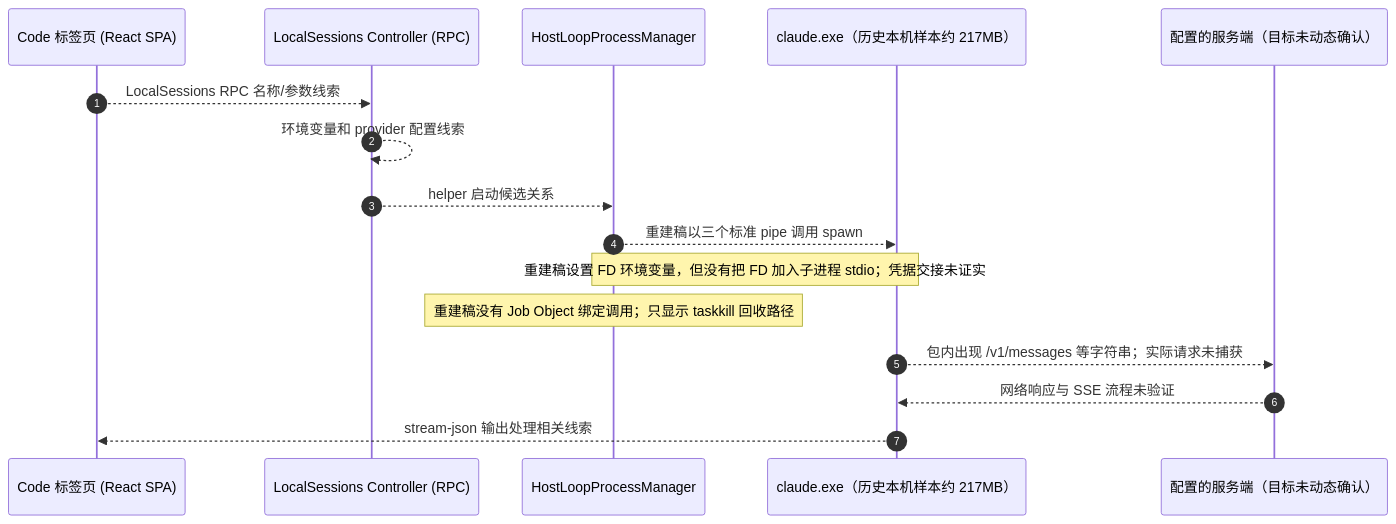
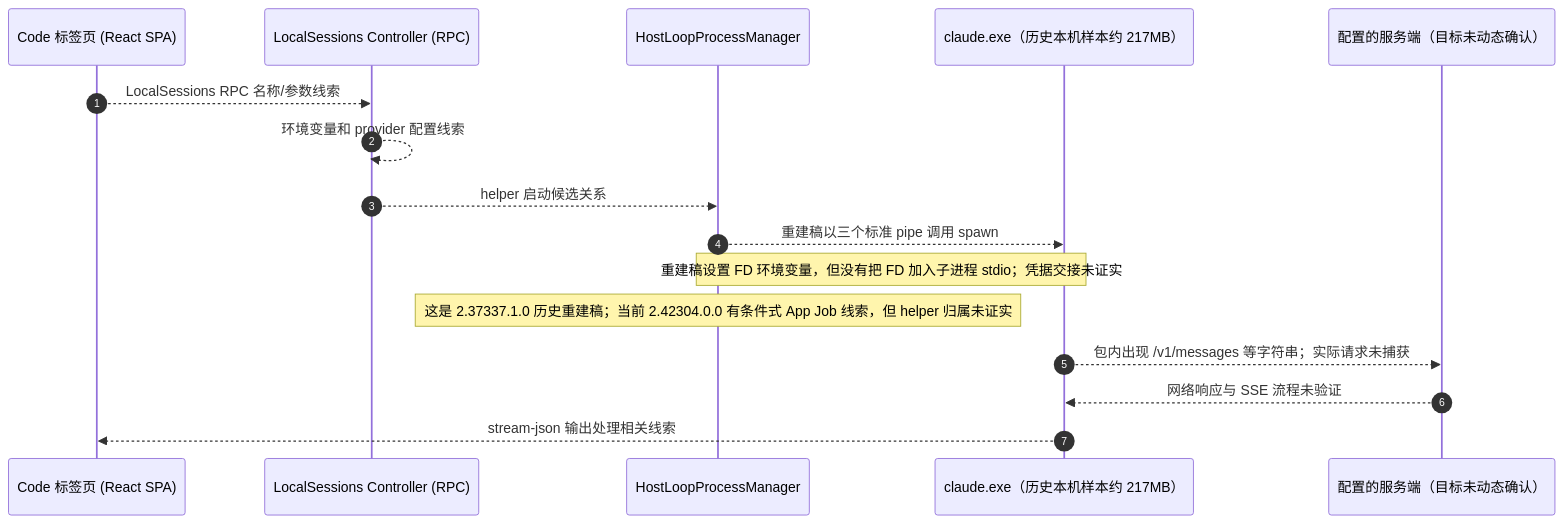
The second of 5 diagrams in claude-desktop-architecture.md (tyloryang/claude-code-desktop-reverse-analyse), drawn with Mermaid before and after one commit. The commit also changed other lines of this file and 4 other files, not shown here.

````diff
--- a/claude-desktop-architecture.md
+++ b/claude-desktop-architecture.md
@@ -821,19 +823,19 @@
 ```mermaid
 sequenceDiagram
     autonumber
     participant UI as Code 标签页 (React SPA)
     participant IPC as LocalSessions Controller (RPC)
     participant HL as HostLoopProcessManager
     participant CLI as claude.exe（历史本机样本约 217MB）
     participant API as 配置的服务端（目标未动态确认）
 
     UI-->>IPC: LocalSessions RPC 名称/参数线索
     IPC-->>IPC: 环境变量和 provider 配置线索
     IPC-->>HL: helper 启动候选关系
     HL-->>CLI: 重建稿以三个标准 pipe 调用 spawn
     Note over HL,CLI: 重建稿设置 FD 环境变量，但没有把 FD 加入子进程 stdio；凭据交接未证实
-    Note over HL: 重建稿没有 Job Object 绑定调用；只显示 taskkill 回收路径
+    Note over HL: 这是 2.37337.1.0 历史重建稿；当前 2.42304.0.0 有条件式 App Job 线索，但 helper 归属未证实
     CLI-->>API: 包内出现 /v1/messages 等字符串；实际请求未捕获
     API-->>CLI: 网络响应与 SSE 流程未验证
     CLI-->>UI: stream-json 输出处理相关线索
 ```
````
